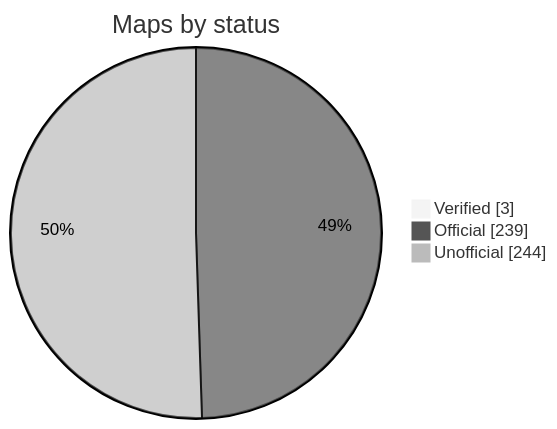
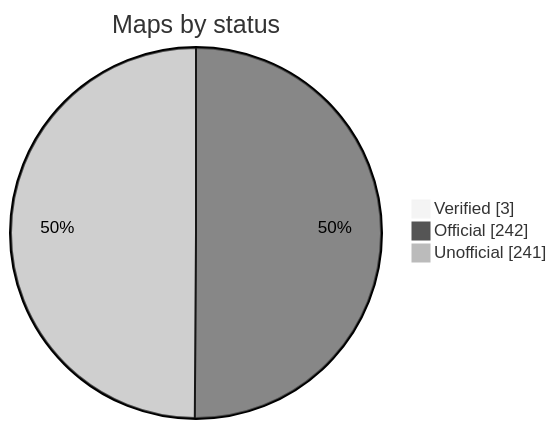
One commit to nobrega8/mbmap-library changed the diagram in README.md. Above: the diagram before and after it, drawn with Mermaid (neutral theme). The commit also changed 4 other files, not shown here.

````diff
--- a/README.md
+++ b/README.md
@@ -48,7 +48,7 @@
 ```mermaid
 pie showData
     title Maps by status
     "Verified" : 3
-    "Official" : 239
-    "Unofficial" : 244
+    "Official" : 242
+    "Unofficial" : 241
 ```
````
